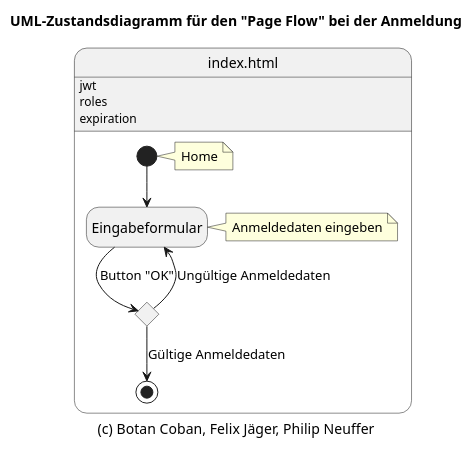
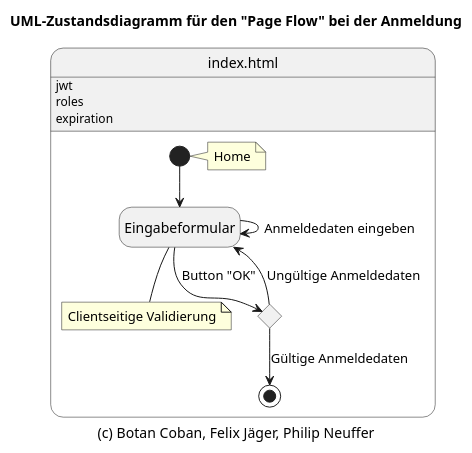
The diagram in extras/docs/anmeldung.puml (rirag12345/SWE-Abgabe-2-Gruppe-1), drawn with PlantUML before and after one commit. The commit also changed 2 other files, not shown here.

Commit message:
docs: updated state diagrams to include client-side validation notes and improved transitions for user input forms

```diff
--- a/extras/docs/anmeldung.puml
+++ b/extras/docs/anmeldung.puml
@@ -1,26 +1,27 @@
 @startuml anmeldung
 
 hide empty description
 
 title UML-Zustandsdiagramm für den "Page Flow" bei der Anmeldung
 caption (c) Botan Coban, Felix Jäger, Philip Neuffer
 
 state "index.html" as index {
 index : jwt
 index : roles
 index : expiration
 
 [*] --> Eingabeformular
 note "Home" as note
 [*] -right-> note
-note "Anmeldedaten eingeben" as note2
-Eingabeformular -right-> note2
+Eingabeformular --> Eingabeformular : Anmeldedaten eingeben
+note "Clientseitige Validierung" as note2
+Eingabeformular --> note2
 
 state c <<choice>>
 Eingabeformular --> c : Button "OK"
 c -up-> Eingabeformular: Ungültige Anmeldedaten
 
 c --> [*]: Gültige Anmeldedaten
 }
 
 @enduml
```
